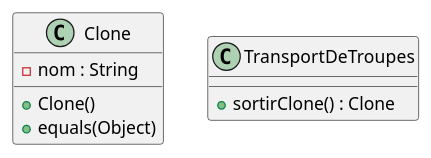
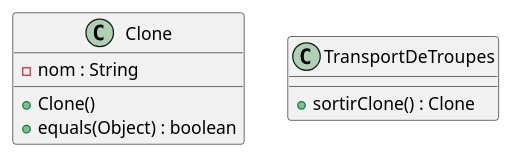
The diagram in src/uml/Prototype.puml (jandry/design-pattern), drawn with PlantUML before and after one commit.

```diff
--- a/src/uml/Prototype.puml
+++ b/src/uml/Prototype.puml
@@ -1,13 +1,13 @@
 @startuml Todo
 
 class Clone {
     - nom : String
     + Clone()
-    + equals(Object)
+    + equals(Object) : boolean
 }
 
 class TransportDeTroupes {
     + sortirClone() : Clone
 }
 
 @enduml
```
